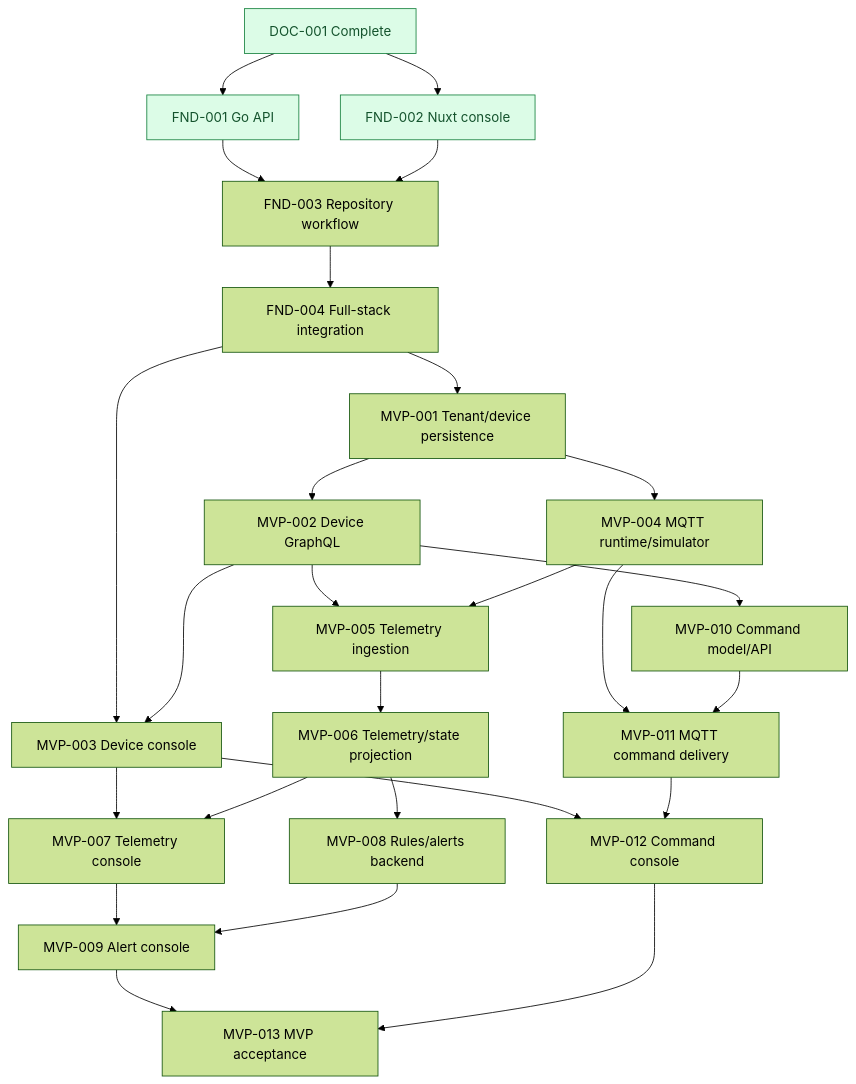
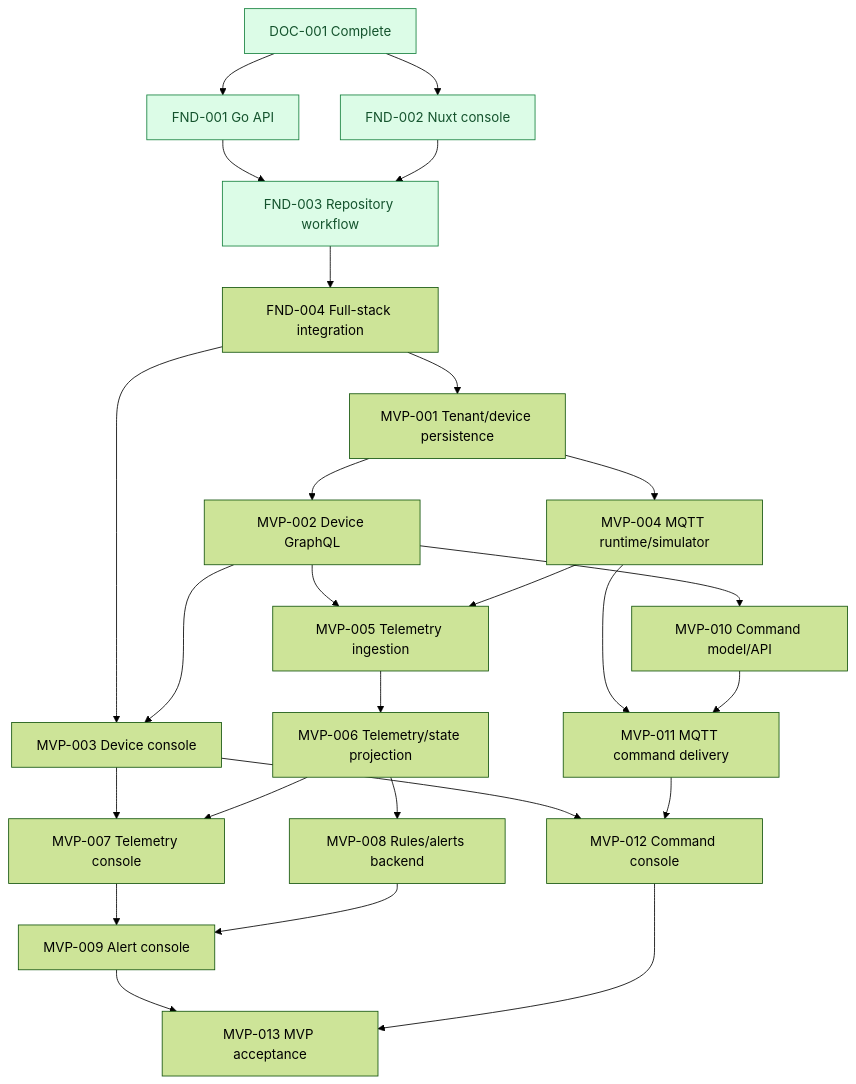
Before and after one commit to methat-ruk/pulsegrid: the second of 2 diagrams in docs/roadmap/roadmap.md, drawn with Mermaid (forest theme). The commit also changed other lines of this file and 26 other files, not shown here.

````diff
--- a/docs/roadmap/roadmap.md
+++ b/docs/roadmap/roadmap.md
@@ -49,38 +49,39 @@
 ```mermaid
 flowchart TD
     DOC001[DOC-001 Complete] --> FND001[FND-001 Go API]
     DOC001 --> FND002[FND-002 Nuxt console]
     FND001 --> FND003[FND-003 Repository workflow]
     FND002 --> FND003
     FND003 --> FND004[FND-004 Full-stack integration]
 
     FND004 --> MVP001[MVP-001 Tenant/device persistence]
     MVP001 --> MVP002[MVP-002 Device GraphQL]
     FND004 --> MVP003[MVP-003 Device console]
     MVP002 --> MVP003
 
     MVP001 --> MVP004[MVP-004 MQTT runtime/simulator]
     MVP002 --> MVP005[MVP-005 Telemetry ingestion]
     MVP004 --> MVP005
     MVP005 --> MVP006[MVP-006 Telemetry/state projection]
     MVP003 --> MVP007[MVP-007 Telemetry console]
     MVP006 --> MVP007
 
     MVP006 --> MVP008[MVP-008 Rules/alerts backend]
     MVP007 --> MVP009[MVP-009 Alert console]
     MVP008 --> MVP009
 
     MVP002 --> MVP010[MVP-010 Command model/API]
     MVP004 --> MVP011[MVP-011 MQTT command delivery]
     MVP010 --> MVP011
     MVP003 --> MVP012[MVP-012 Command console]
     MVP011 --> MVP012
 
     MVP009 --> MVP013[MVP-013 MVP acceptance]
     MVP012 --> MVP013
 
     classDef complete fill:#DCFCE7,stroke:#15803D,color:#14532D;
     class DOC001 complete;
     class FND001 complete;
     class FND002 complete;
+    class FND003 complete;
 ```
````
